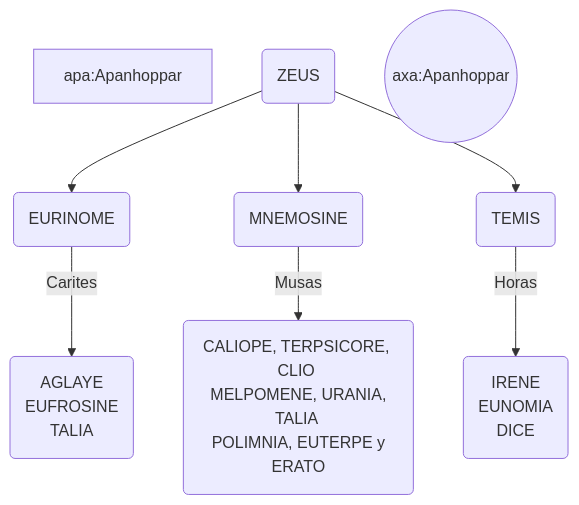
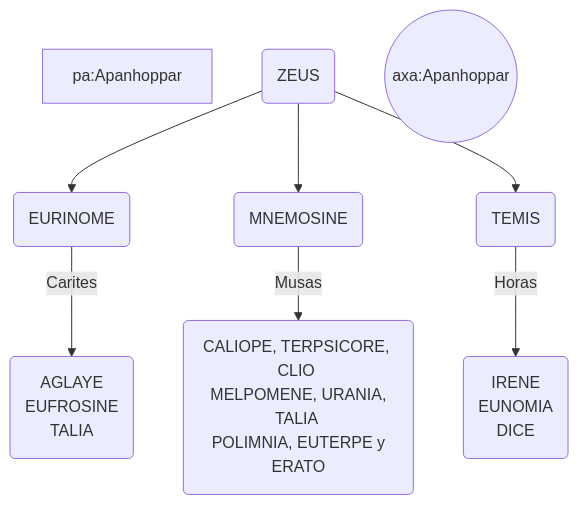
Before and after one commit to fernanz/fernanz.github.io: the diagram in _posts/2014-11-30-zeus.md, drawn with Mermaid. The commit also changed other lines of this file, not shown here.

Commit message:
tercer intento para new post
con mermaid

```diff
--- a/_posts/2014-11-30-zeus.md
+++ b/_posts/2014-11-30-zeus.md
@@ -14,13 +16,11 @@
 <div class="mermaid">
-
-graph TD;
-	apa:Apanhoppar;
-	A(ZEUS)-->id1(EURINOME);
-  A-->id2(MNEMOSINE);
-  A-->id3(TEMIS);
-  id1-->|Carites|B(AGLAYE <br> EUFROSINE <br> TALIA);
-  id2-->|Musas|C(CALIOPE, TERPSICORE, CLIO <br> MELPOMENE, URANIA, TALIA <br> POLIMNIA, EUTERPE y ERATO);
-  id3-->|Horas|D(IRENE <br> EUNOMIA <br> DICE);
-  M((axa:Apanhoppar));
-    
+graph TD;  
+	pa:Apanhoppar;  
+	A(ZEUS)-->id1(EURINOME);  
+    A-->id2(MNEMOSINE);  
+    A-->id3(TEMIS);  
+    id1-->|Carites|B(AGLAYE <br> EUFROSINE <br> TALIA);  
+    id2-->|Musas|C(CALIOPE, TERPSICORE, CLIO <br> MELPOMENE, URANIA, TALIA <br> POLIMNIA, EUTERPE y ERATO);  
+    id3-->|Horas|D(IRENE <br> EUNOMIA <br> DICE);  
+    M((axa:Apanhoppar));
 </div>
```
